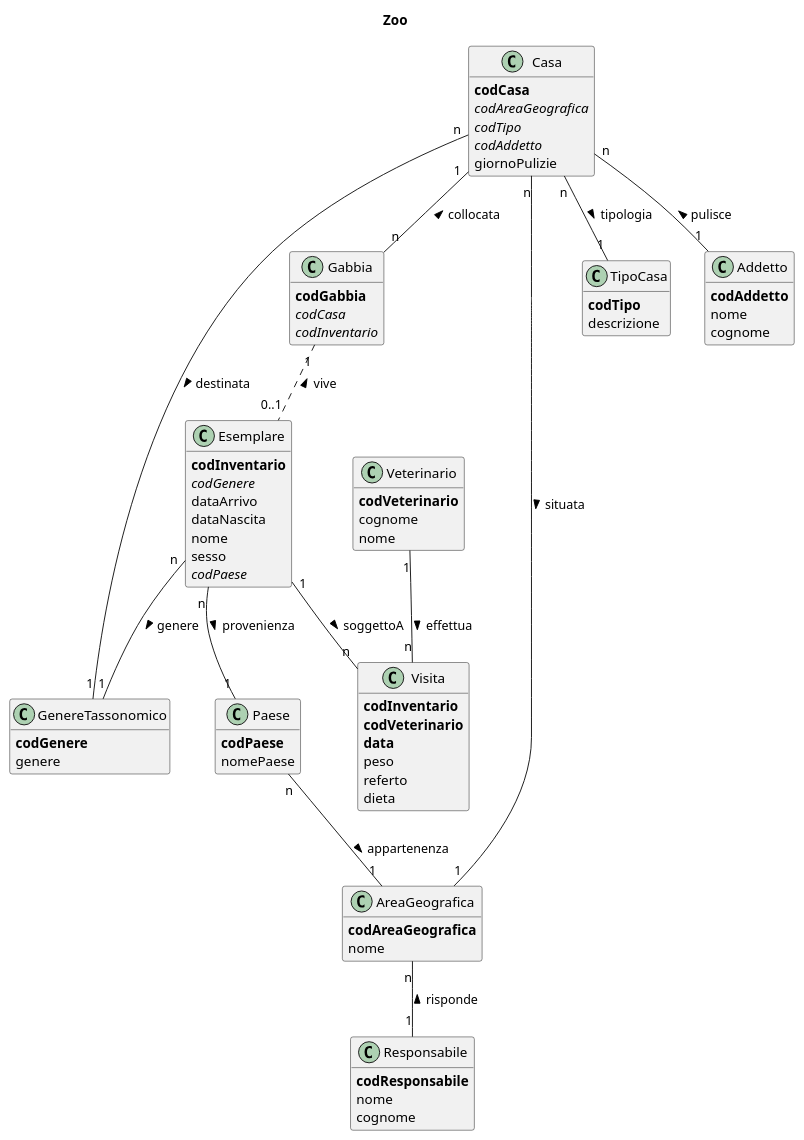
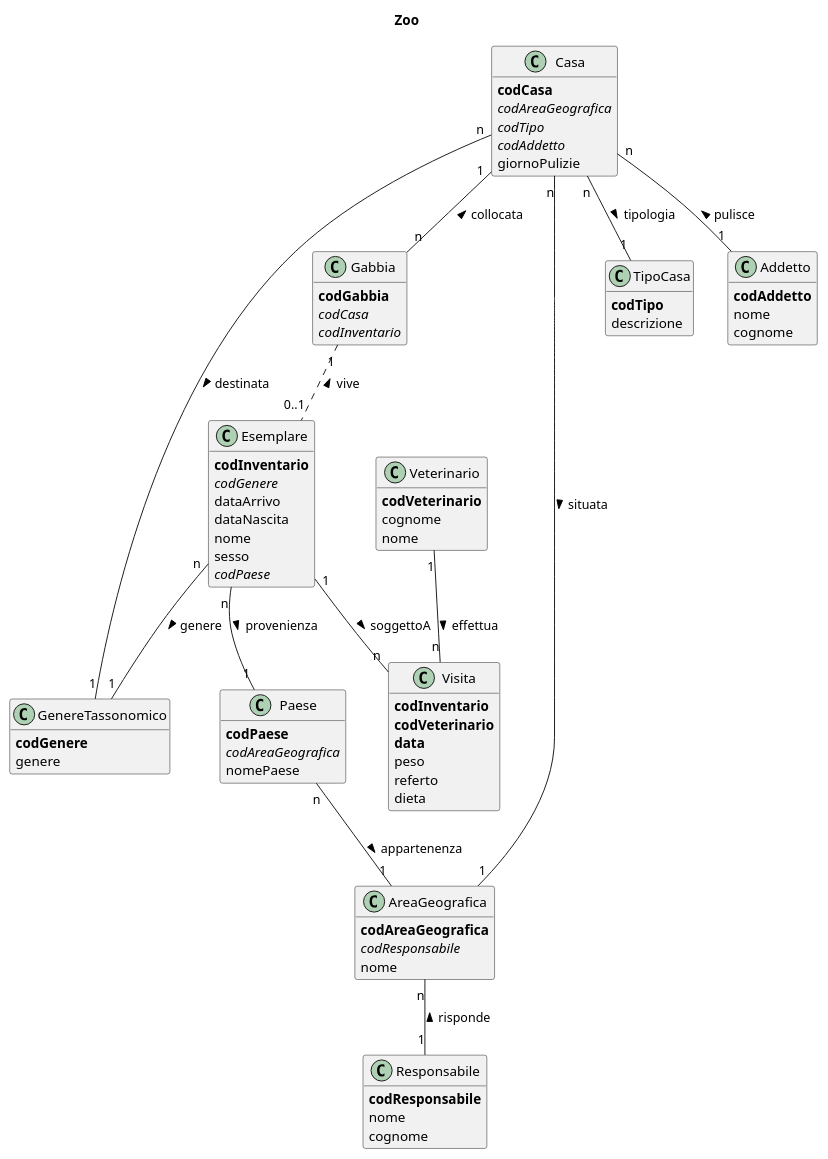
One commit to gionatamassibenincasa/database-didattici changed the first of 3 diagrams in Albano_Ghelli_Orsini__FondamentiDiBasiDiDati/esercizi_interessanti.md. Above: the diagram before and after it, drawn with PlantUML. The commit also changed other lines of this file, not shown here.

```diff
--- a/Albano_Ghelli_Orsini__FondamentiDiBasiDiDati/esercizi_interessanti.md
+++ b/Albano_Ghelli_Orsini__FondamentiDiBasiDiDati/esercizi_interessanti.md
@@ -53,6 +53,7 @@
 
 class Paese {
   **codPaese**
+  //codAreaGeografica//
   nomePaese
 }
 
@@ -60,6 +61,7 @@
 
 class AreaGeografica {
   **codAreaGeografica**
+  //codResponsabile//
   nome
 }
 
```
